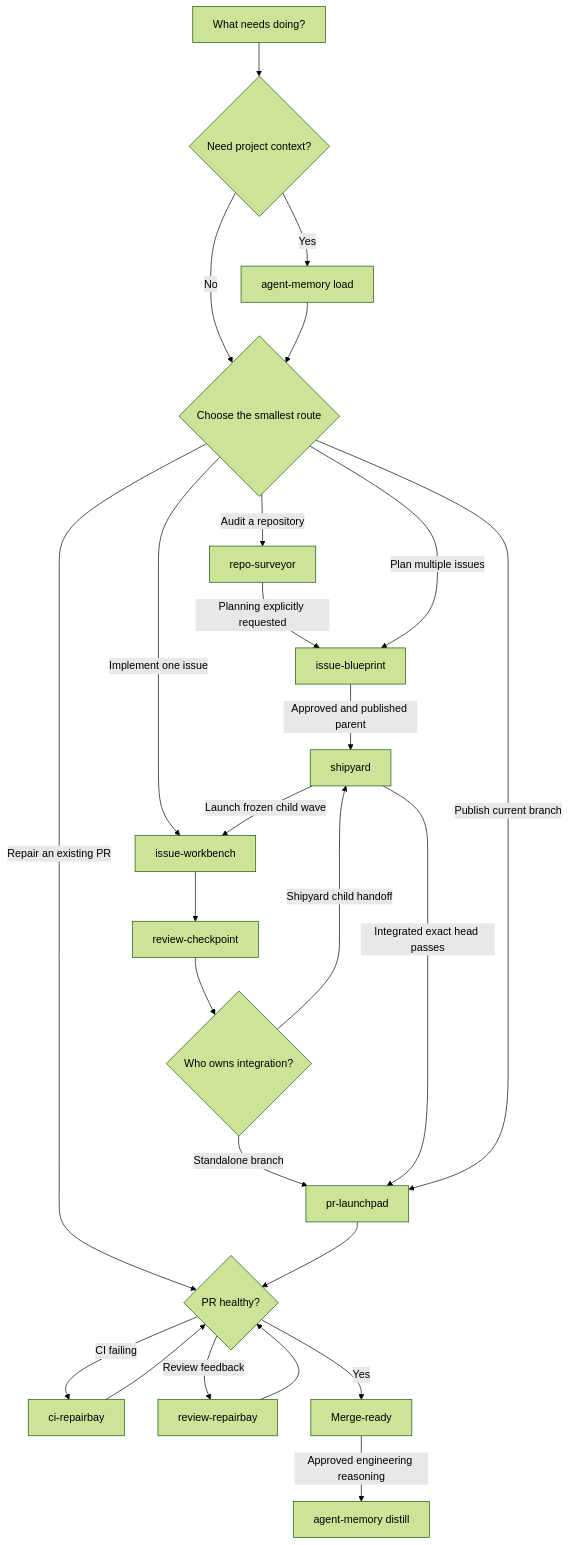
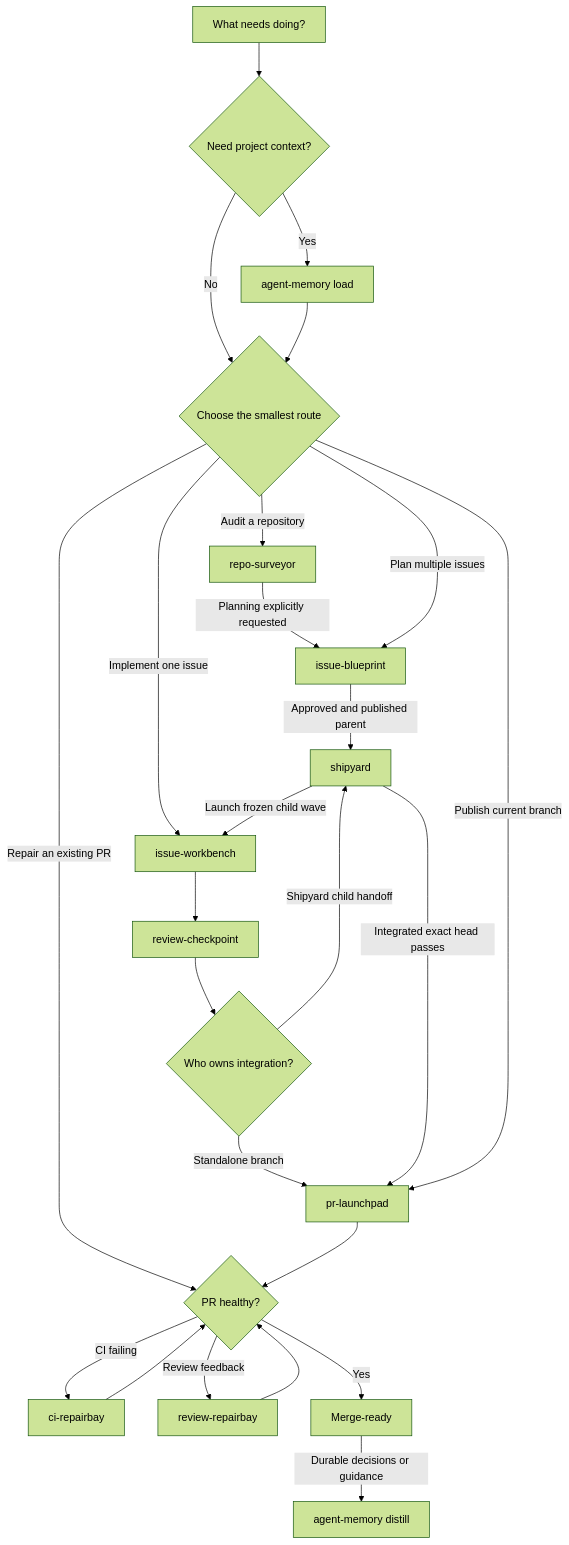
Before and after one commit to HenryQW/skills: the diagram in README.md, drawn with Mermaid (forest theme). The commit also changed other lines of this file and 5 other files, not shown here.

Commit message:
feat(agent-memory): expand decision and guidance capture (#41)

````diff
--- a/README.md
+++ b/README.md
@@ -36,27 +36,27 @@
 ```mermaid
 flowchart TD
   request["What needs doing?"] --> context{"Need project context?"}
   context -->|Yes| load["agent-memory load"]
   context -->|No| route{"Choose the smallest route"}
   load --> route
   route -->|Audit a repository| survey["repo-surveyor"]
   survey -->|Planning explicitly requested| blueprint["issue-blueprint"]
   route -->|Plan multiple issues| blueprint
   blueprint -->|Approved and published parent| shipyard["shipyard"]
   route -->|Implement one issue| workbench["issue-workbench"]
   shipyard -->|Launch frozen child wave| workbench
   workbench --> checkpoint["review-checkpoint"]
   checkpoint --> owner{"Who owns integration?"}
   owner -->|Standalone branch| launch["pr-launchpad"]
   owner -->|Shipyard child handoff| shipyard
   shipyard -->|Integrated exact head passes| launch
   route -->|Publish current branch| launch
   route -->|Repair an existing PR| health
   launch --> health
   health{"PR healthy?"} -->|CI failing| ci["ci-repairbay"]
   ci --> health
   health -->|Review feedback| repair["review-repairbay"]
   repair --> health
   health -->|Yes| done["Merge-ready"]
-  done -->|Approved engineering reasoning| distill["agent-memory distill"]
+  done -->|Durable decisions or guidance| distill["agent-memory distill"]
 ```
````
